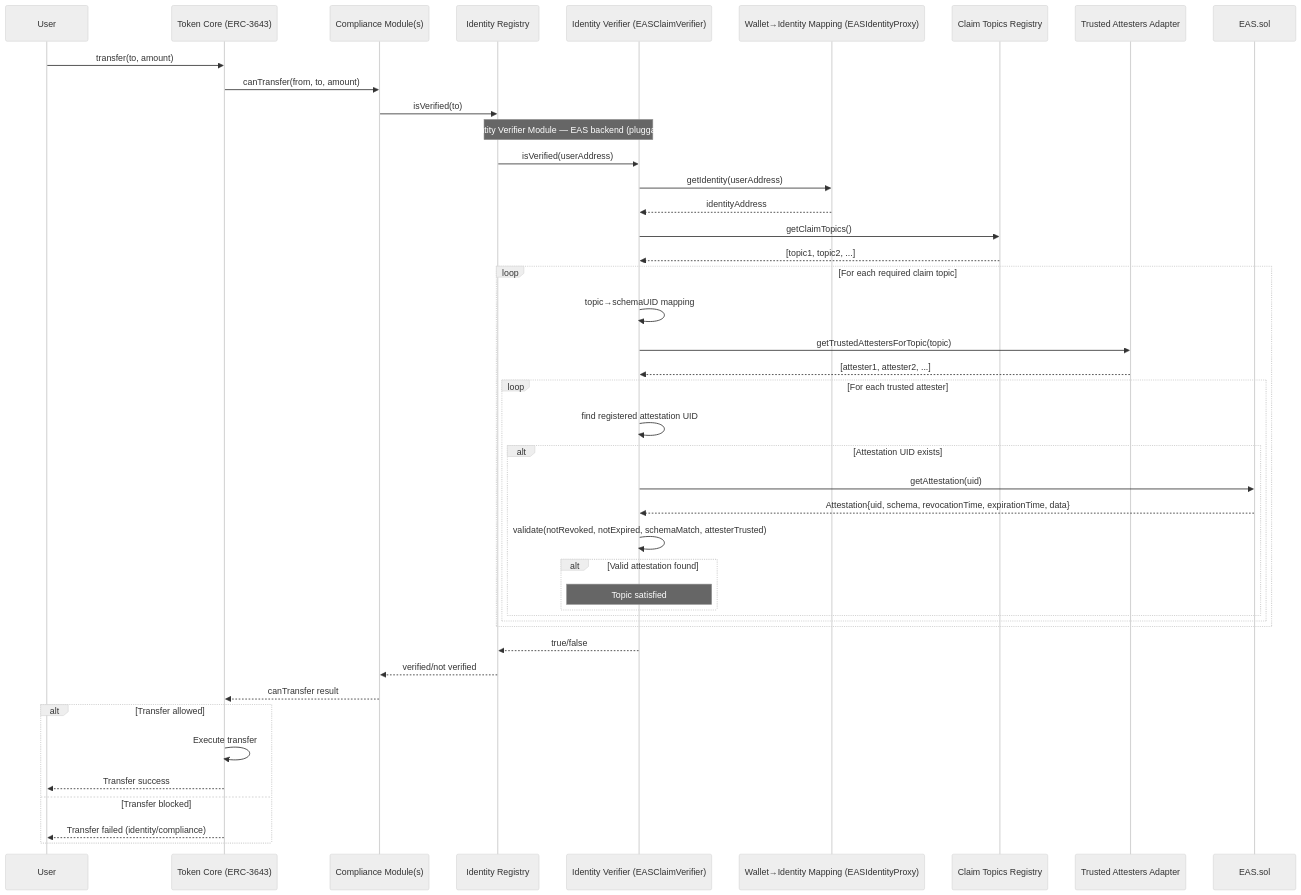
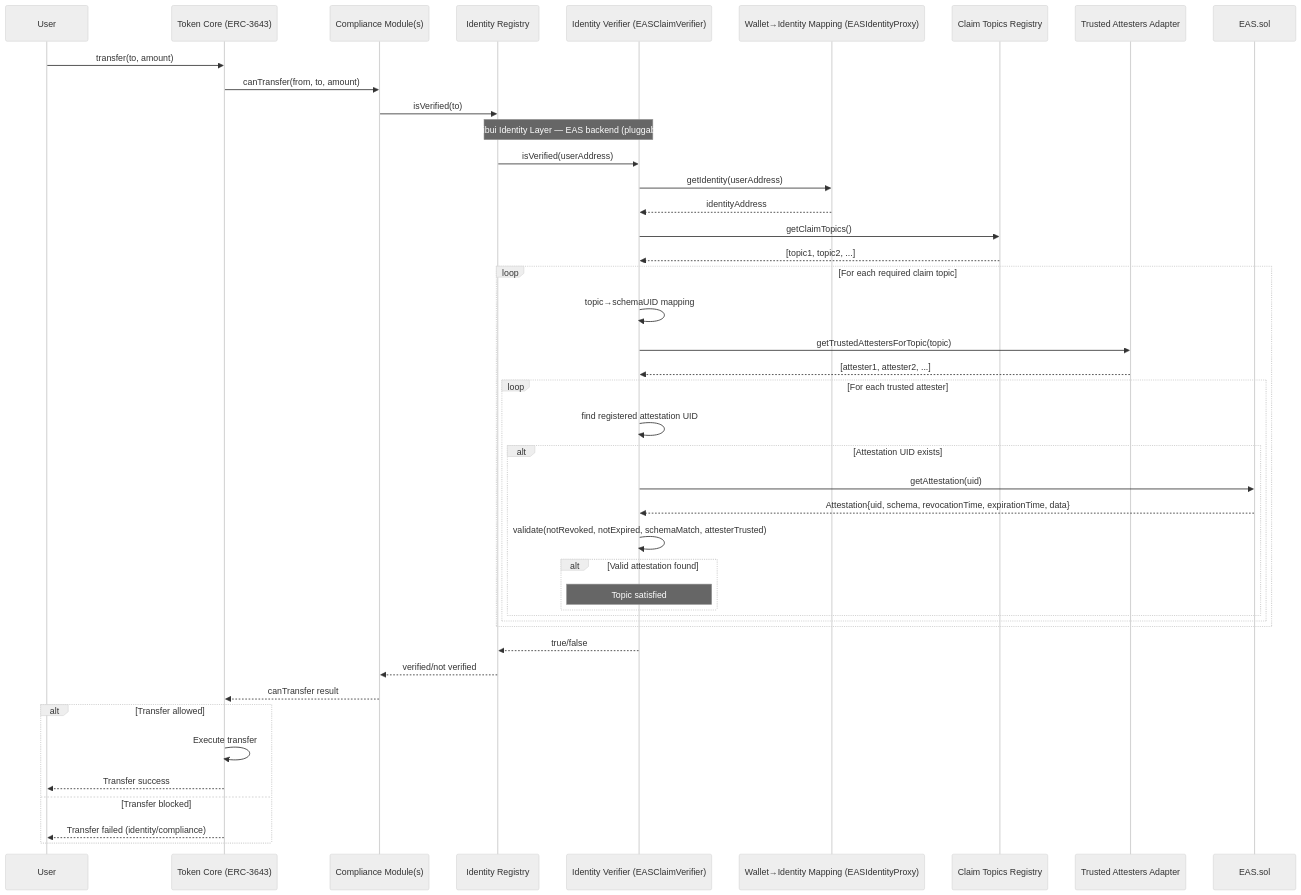
The diagram in diagrams/transfer-verification-flow.mmd (EntEthAlliance/rnd-rwa-erc3643-eas), drawn with Mermaid (neutral theme) before and after one commit. The commit also changed 5 other files, not shown here.

Commit message:
docs(diagrams): refresh Shibui MVP diagrams

```diff
--- a/diagrams/transfer-verification-flow.mmd
+++ b/diagrams/transfer-verification-flow.mmd
@@ -1,55 +1,55 @@
 sequenceDiagram
-    %% Mirrors OpenZeppelin RWA vocabulary: token → compliance → identity verifier module
+    %% Mirrors OpenZeppelin RWA vocabulary: token → compliance → Shibui identity layer
     participant User
     participant Token as Token Core (ERC-3643)
     participant Compliance as Compliance Module(s)
     participant IR as Identity Registry
     participant Verifier as Identity Verifier (EASClaimVerifier)
     participant EIP as Wallet→Identity Mapping (EASIdentityProxy)
     participant CTR as Claim Topics Registry
     participant TIA as Trusted Attesters Adapter
     participant EAS as EAS.sol
 
     User->>Token: transfer(to, amount)
     Token->>Compliance: canTransfer(from, to, amount)
 
     %% ERC-3643: compliance gates call into identity checks (via Identity Registry)
     Compliance->>IR: isVerified(to)
 
-    Note over IR,Verifier: Identity Verifier Module — EAS backend (pluggable)
+    Note over IR,Verifier: Shibui Identity Layer — EAS backend (pluggable)
     IR->>Verifier: isVerified(userAddress)
 
     Verifier->>EIP: getIdentity(userAddress)
     EIP-->>Verifier: identityAddress
 
     Verifier->>CTR: getClaimTopics()
     CTR-->>Verifier: [topic1, topic2, ...]
 
     loop For each required claim topic
         Verifier->>Verifier: topic→schemaUID mapping
         Verifier->>TIA: getTrustedAttestersForTopic(topic)
         TIA-->>Verifier: [attester1, attester2, ...]
 
         loop For each trusted attester
             Verifier->>Verifier: find registered attestation UID
             alt Attestation UID exists
                 Verifier->>EAS: getAttestation(uid)
                 EAS-->>Verifier: Attestation{uid, schema, revocationTime, expirationTime, data}
                 Verifier->>Verifier: validate(notRevoked, notExpired, schemaMatch, attesterTrusted)
                 alt Valid attestation found
                     Note over Verifier: Topic satisfied
                 end
             end
         end
     end
 
     Verifier-->>IR: true/false
     IR-->>Compliance: verified/not verified
     Compliance-->>Token: canTransfer result
 
     alt Transfer allowed
         Token->>Token: Execute transfer
         Token-->>User: Transfer success
     else Transfer blocked
         Token-->>User: Transfer failed (identity/compliance)
     end
```
